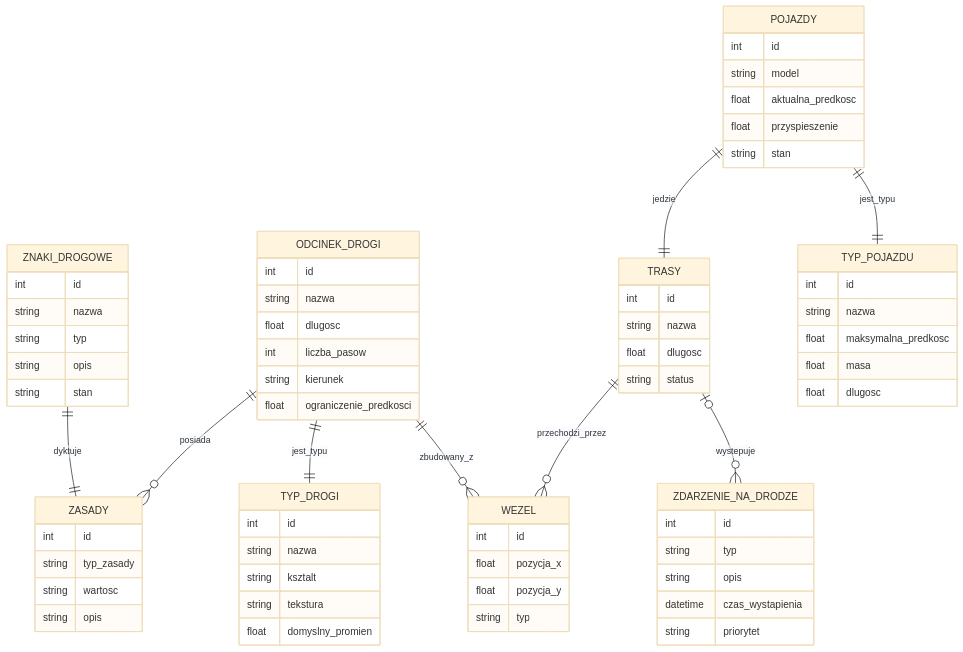
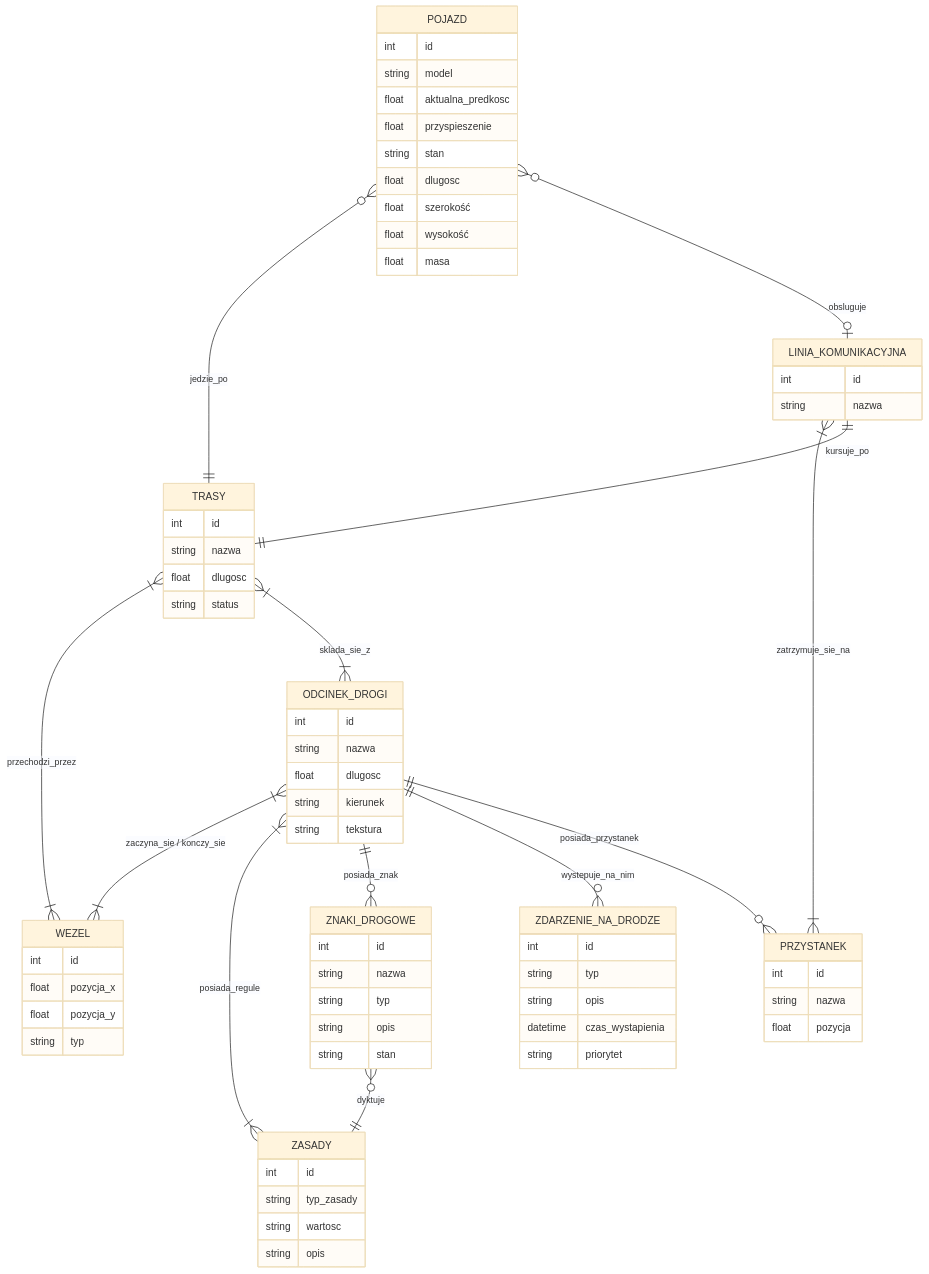
The diagram in docs/domain-model.md (Vomiroy/Symulator-ruchu-drogowego), drawn with Mermaid (base theme) before and after one commit. The commit also changed other lines of this file, not shown here.

````diff
--- a/docs/domain-model.md
+++ b/docs/domain-model.md
@@ -43,17 +47,8 @@
         int id
         string nazwa
         float dlugosc
-        int liczba_pasow
         string kierunek
-        float ograniczenie_predkosci
-    }
-
-    TYP_DROGI {
-        int id
-        string nazwa
-        string ksztalt
         string tekstura
-        float domyslny_promien
     }
 
     WEZEL {
@@ -70,22 +65,29 @@
         string status
     }
 
-    POJAZDY {
+    POJAZD {
         int id
         string model
         float aktualna_predkosc
         float przyspieszenie
         string stan
+        float dlugosc
+        float szerokość
+        float wysokość
+        float masa
     }
 
-    TYP_POJAZDU {
+    LINIA_KOMUNIKACYJNA {
         int id
         string nazwa
-        float maksymalna_predkosc
-        float masa
-        float dlugosc
     }
 
+    PRZYSTANEK {
+        int id
+        string nazwa
+        float pozycja
+    }
+    
     ZDARZENIE_NA_DRODZE {
         int id
         string typ
@@ -94,17 +96,24 @@
         string priorytet
     }
 
-    %% Relacje
-    ZNAKI_DROGOWE ||--|| ZASADY : "dyktuje"
+    %% Relacje Infrastruktury
+    ODCINEK_DROGI }|--|{ WEZEL : "zaczyna_sie / konczy_sie"
+    ODCINEK_DROGI }|--|{ ZASADY : "posiada_regule"
+    ODCINEK_DROGI ||--o{ ZNAKI_DROGOWE : "posiada_znak"
+    ODCINEK_DROGI ||--o{ ZDARZENIE_NA_DRODZE : "wystepuje_na_nim"
+    ODCINEK_DROGI ||--o{ PRZYSTANEK : "posiada_przystanek"
+    
+    ZNAKI_DROGOWE }o--|| ZASADY : "dyktuje"
 
-    ODCINEK_DROGI ||--o{ ZASADY : "posiada"
-    ODCINEK_DROGI ||--|| TYP_DROGI : "jest_typu"
-    ODCINEK_DROGI ||--o{ WEZEL : "zbudowany_z"
+    %% Relacje Tras i Ścieżek
+    TRASY }|--|{ WEZEL : "przechodzi_przez"
+    TRASY }|--|{ ODCINEK_DROGI : "sklada_sie_z"
 
-    TRASY ||--o{ WEZEL : "przechodzi_przez"
+    %% Relacje Pojazdów
+    POJAZD }o--|| TRASY : "jedzie_po"
 
-    POJAZDY ||--|| TRASY : "jedzie"
-    POJAZDY ||--|| TYP_POJAZDU : "jest_typu"
-
-    TRASY o|--o{ ZDARZENIE_NA_DRODZE : "wystepuje"
+    %% Relacje Komunikacji Miejskiej
+    LINIA_KOMUNIKACYJNA }|--|{ PRZYSTANEK : "zatrzymuje_sie_na"
+    LINIA_KOMUNIKACYJNA ||--|| TRASY : "kursuje_po"
+    POJAZD }o--o| LINIA_KOMUNIKACYJNA : "obsluguje"
 ```
````
